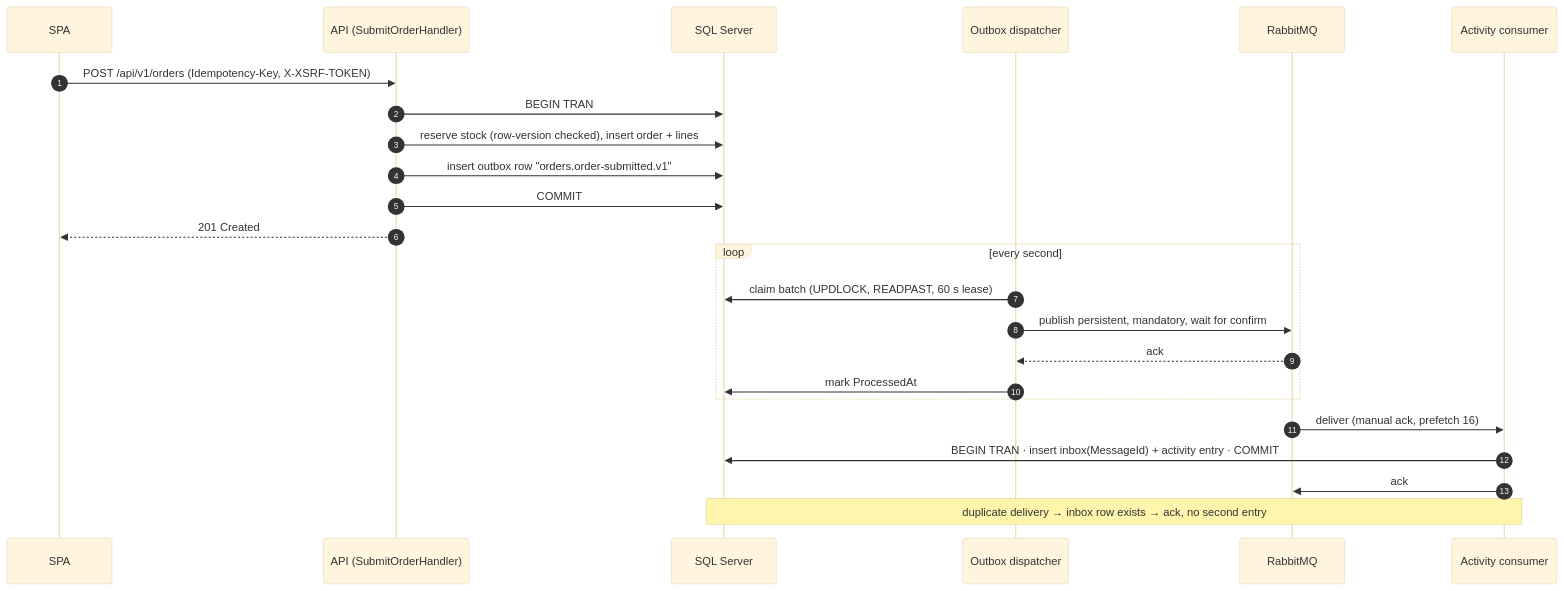
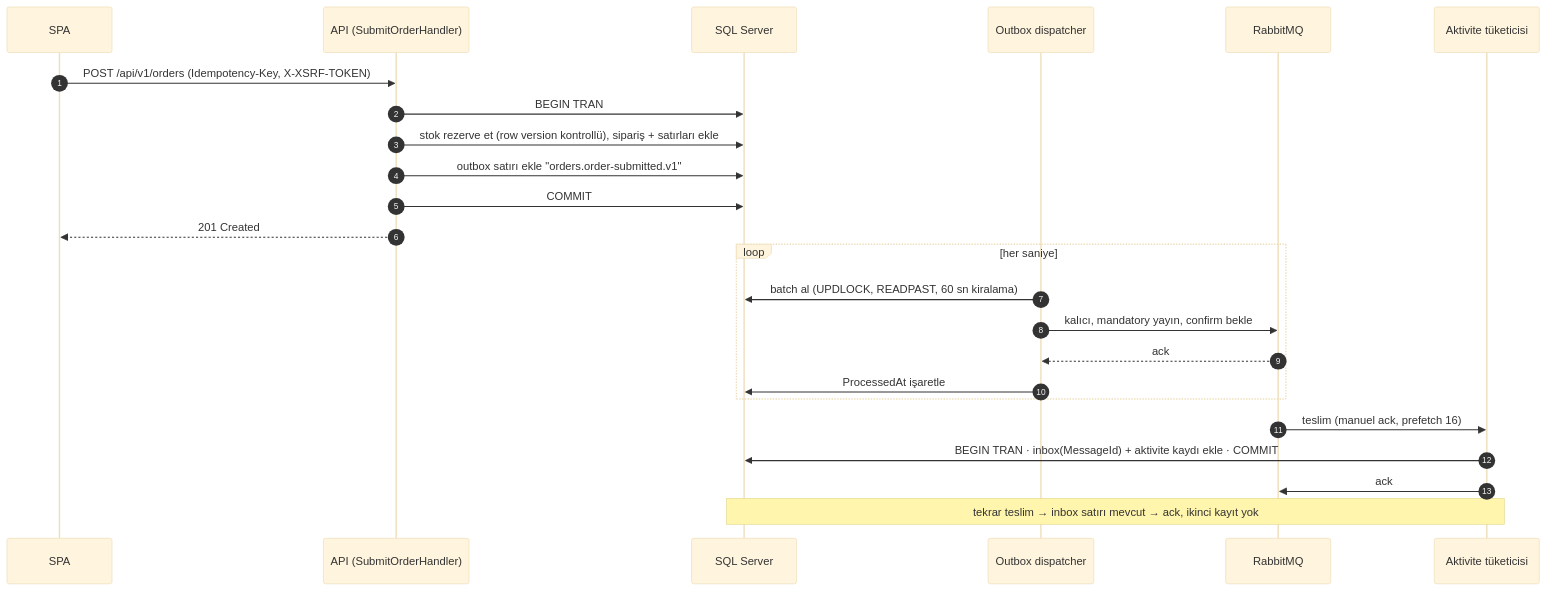
The fourth of 4 diagrams in README.md (Erenen1/inventory-ops), drawn with Mermaid (base theme) before and after one commit. The commit also changed other lines of this file, not shown here.

````diff
--- a/README.md
+++ b/README.md
@@ -256,27 +256,27 @@
 ```mermaid
 sequenceDiagram
     autonumber
     participant UI as SPA
     participant API as API (SubmitOrderHandler)
     participant DB as SQL Server
     participant D as Outbox dispatcher
     participant MQ as RabbitMQ
-    participant C as Activity consumer
+    participant C as Aktivite tüketicisi
 
     UI->>API: POST /api/v1/orders (Idempotency-Key, X-XSRF-TOKEN)
     API->>DB: BEGIN TRAN
-    API->>DB: reserve stock (row-version checked), insert order + lines
-    API->>DB: insert outbox row "orders.order-submitted.v1"
+    API->>DB: stok rezerve et (row version kontrollü), sipariş + satırları ekle
+    API->>DB: outbox satırı ekle "orders.order-submitted.v1"
     API->>DB: COMMIT
     API-->>UI: 201 Created
-    loop every second
-        D->>DB: claim batch (UPDLOCK, READPAST, 60 s lease)
-        D->>MQ: publish persistent, mandatory, wait for confirm
+    loop her saniye
+        D->>DB: batch al (UPDLOCK, READPAST, 60 sn kiralama)
+        D->>MQ: kalıcı, mandatory yayın, confirm bekle
         MQ-->>D: ack
-        D->>DB: mark ProcessedAt
+        D->>DB: ProcessedAt işaretle
     end
-    MQ->>C: deliver (manual ack, prefetch 16)
-    C->>DB: BEGIN TRAN · insert inbox(MessageId) + activity entry · COMMIT
+    MQ->>C: teslim (manuel ack, prefetch 16)
+    C->>DB: BEGIN TRAN · inbox(MessageId) + aktivite kaydı ekle · COMMIT
     C->>MQ: ack
-    Note over C,DB: duplicate delivery → inbox row exists → ack, no second entry
+    Note over C,DB: tekrar teslim → inbox satırı mevcut → ack, ikinci kayıt yok
 ```
````
